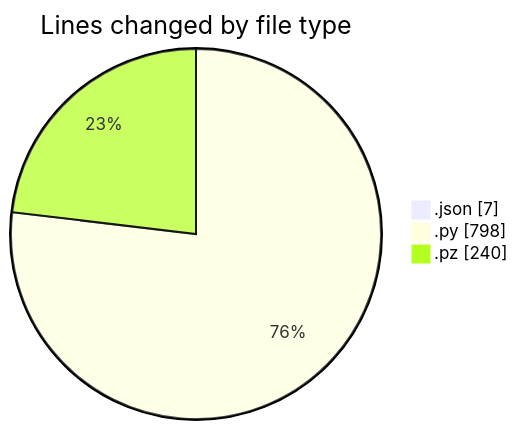
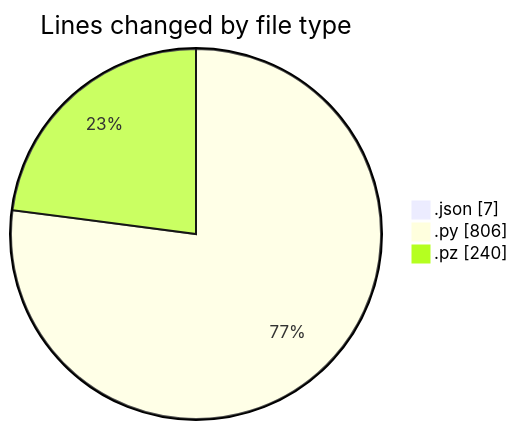
One commit to MatusMokan/code-tracking changed the first of 2 diagrams in 2025-02-18/myws__workspace_/README.md. Above: the diagram before and after it, drawn with Mermaid. The commit also changed other lines of this file and 1 other file, not shown here.

````diff
--- a/2025-02-18/myws__workspace_/README.md
+++ b/2025-02-18/myws__workspace_/README.md
@@ -26,7 +26,7 @@
 ```mermaid
 pie showData
 title Lines changed by file type
 ".json" : 7
-".py" : 798
+".py" : 806
 ".pz" : 240
 ```
````
